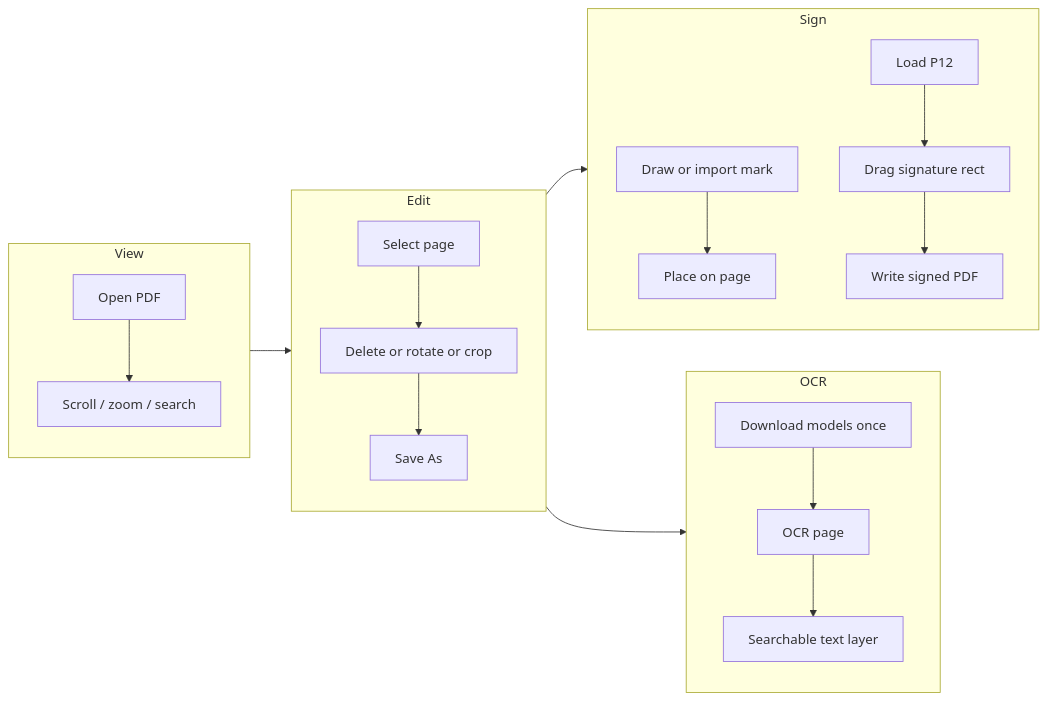
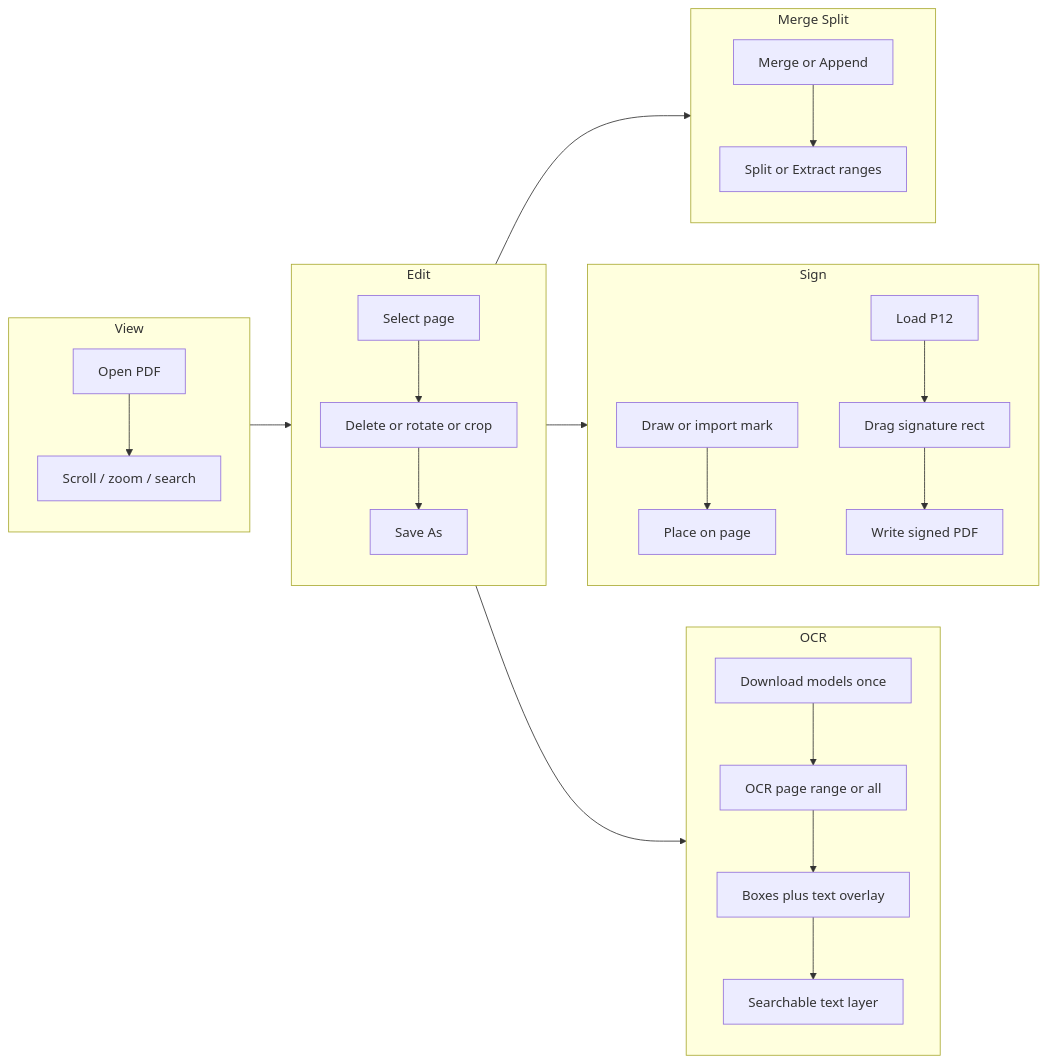
One commit to adycerr3192/small-rust-pdf-opener changed the second of 3 diagrams in README.md. Above: the diagram before and after it, drawn with Mermaid. The commit also changed other lines of this file and 26 other files, not shown here.

First line of the commit message:
Add PDF merge/split tools and clearer multi-page OCR.

````diff
--- a/README.md
+++ b/README.md
@@ -53,22 +56,27 @@
 ```mermaid
 flowchart LR
   subgraph view [View]
     A1[Open PDF] --> A2[Scroll / zoom / search]
   end
   subgraph edit [Edit]
     B1[Select page] --> B2[Delete or rotate or crop]
     B2 --> B3[Save As]
   end
+  subgraph mergeSplit [Merge Split]
+    M1[Merge or Append] --> M2[Split or Extract ranges]
+  end
   subgraph sign [Sign]
     C1[Draw or import mark] --> C2[Place on page]
     C3[Load P12] --> C4[Drag signature rect]
     C4 --> C5[Write signed PDF]
   end
   subgraph ocrFlow [OCR]
-    D1[Download models once] --> D2[OCR page]
-    D2 --> D3[Searchable text layer]
+    D1[Download models once] --> D2[OCR page range or all]
+    D2 --> D3[Boxes plus text overlay]
+    D3 --> D4[Searchable text layer]
   end
   view --> edit
+  edit --> mergeSplit
   edit --> sign
   edit --> ocrFlow
 ```
````
